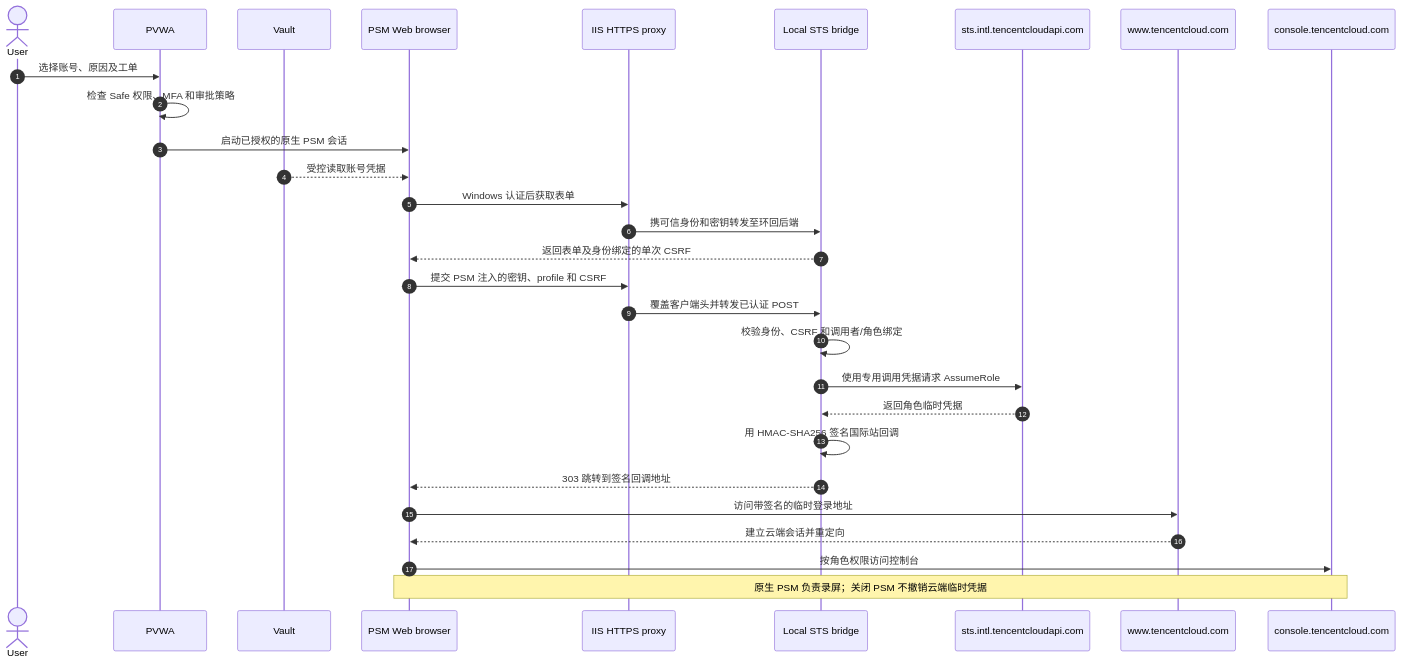
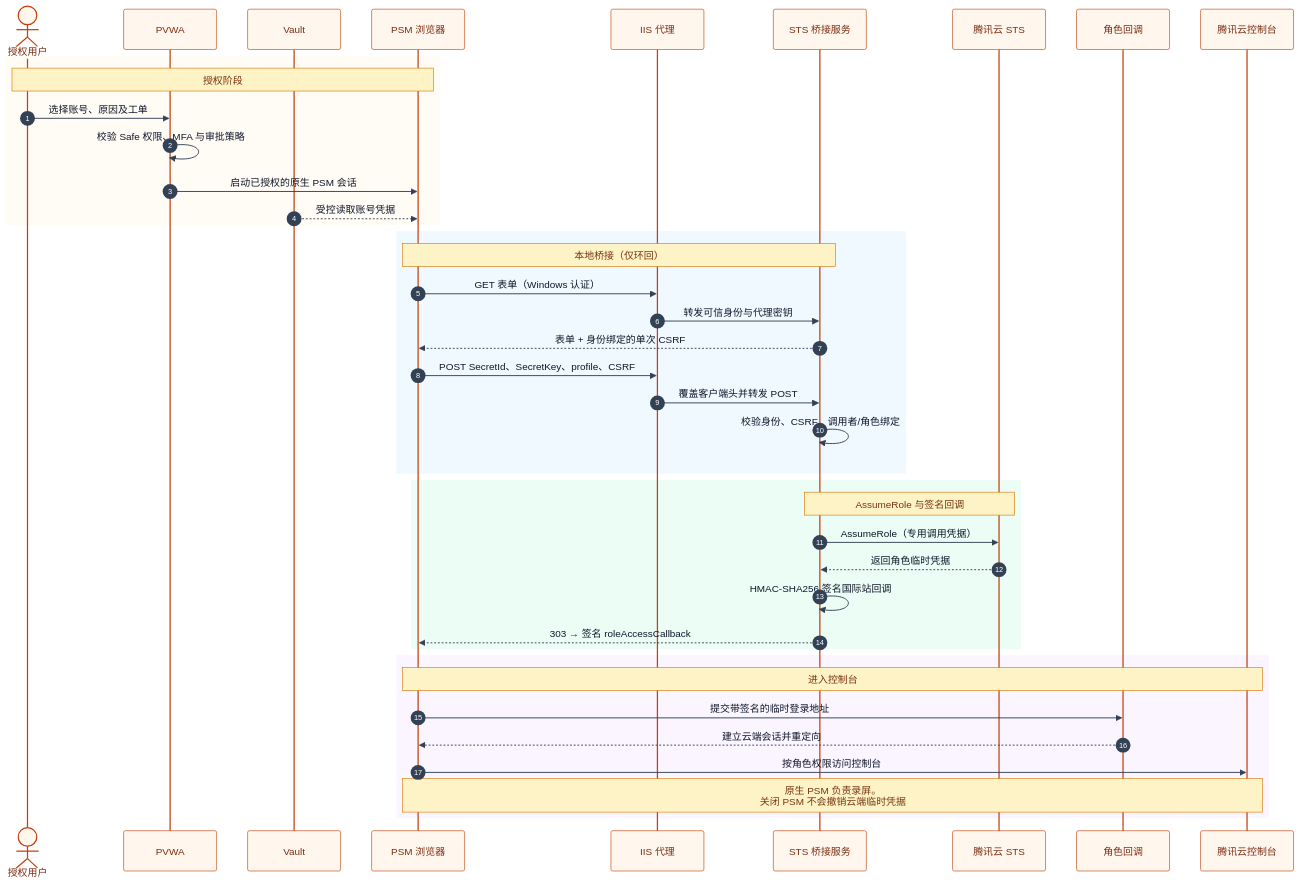
Before and after one commit to susunola/cyberark-psm-tencentcloud-sts: the first of 2 diagrams in README.zh-CN.md, drawn with Mermaid. The commit also changed other lines of this file and 7 other files, not shown here.

First line of the commit message:
docs(readme): polish diagrams; refactor(validate): finish bound wiring

````diff
--- a/README.zh-CN.md
+++ b/README.zh-CN.md
@@ -13,31 +13,48 @@
 ```mermaid
+%%{init: {"theme":"base","themeVariables":{"actorBkg":"#fff7ed","actorBorder":"#c2410c","actorTextColor":"#7c2d12","signalColor":"#334155","signalTextColor":"#0f172a","noteBkgColor":"#fef3c7","noteTextColor":"#78350f","noteBorderColor":"#d97706","labelBoxBkgColor":"#f8fafc","labelBoxBorderColor":"#cbd5e1","labelTextColor":"#0f172a","loopTextColor":"#0f172a","activationBkgColor":"#e0f2fe","activationBorderColor":"#0284c7","sequenceNumberColor":"#ffffff","fontFamily":"-apple-system,BlinkMacSystemFont,PingFang SC,Microsoft YaHei,sans-serif"}}}%%
 sequenceDiagram
     autonumber
-    actor User
-    participant PVWA
-    participant Vault
-    participant PSM as PSM Web browser
-    participant IIS as IIS HTTPS proxy
-    participant Bridge as Local STS bridge
-    participant STS as sts.intl.tencentcloudapi.com
-    participant Login as www.tencentcloud.com
-    participant Console as console.tencentcloud.com
+    actor User as 授权用户
+    participant PVWA as PVWA
+    participant Vault as Vault
+    participant PSM as PSM 浏览器
+    participant IIS as IIS 代理
+    participant Bridge as STS 桥接服务
+    participant STS as 腾讯云 STS
+    participant Login as 角色回调
+    participant Console as 腾讯云控制台
+
+    rect rgb(255, 251, 245)
+    Note over User,PSM: 授权阶段
     User->>PVWA: 选择账号、原因及工单
-    PVWA->>PVWA: 检查 Safe 权限、MFA 和审批策略
+    PVWA->>PVWA: 校验 Safe 权限、MFA 与审批策略
     PVWA->>PSM: 启动已授权的原生 PSM 会话
     Vault-->>PSM: 受控读取账号凭据
-    PSM->>IIS: Windows 认证后获取表单
-    IIS->>Bridge: 携可信身份和密钥转发至环回后端
-    Bridge-->>PSM: 返回表单及身份绑定的单次 CSRF
-    PSM->>IIS: 提交 PSM 注入的密钥、profile 和 CSRF
-    IIS->>Bridge: 覆盖客户端头并转发已认证 POST
-    Bridge->>Bridge: 校验身份、CSRF 和调用者/角色绑定
-    Bridge->>STS: 使用专用调用凭据请求 AssumeRole
+    end
+
+    rect rgb(240, 249, 255)
+    Note over PSM,Bridge: 本地桥接（仅环回）
+    PSM->>IIS: GET 表单（Windows 认证）
+    IIS->>Bridge: 转发可信身份与代理密钥
+    Bridge-->>PSM: 表单 + 身份绑定的单次 CSRF
+    PSM->>IIS: POST SecretId、SecretKey、profile、CSRF
+    IIS->>Bridge: 覆盖客户端头并转发 POST
+    Bridge->>Bridge: 校验身份、CSRF、调用者/角色绑定
+    end
+
+    rect rgb(236, 253, 245)
+    Note over Bridge,STS: AssumeRole 与签名回调
+    Bridge->>STS: AssumeRole（专用调用凭据）
     STS-->>Bridge: 返回角色临时凭据
-    Bridge->>Bridge: 用 HMAC-SHA256 签名国际站回调
-    Bridge-->>PSM: 303 跳转到签名回调地址
-    PSM->>Login: 访问带签名的临时登录地址
+    Bridge->>Bridge: HMAC-SHA256 签名国际站回调
+    Bridge-->>PSM: 303 → 签名 roleAccessCallback
+    end
+
+    rect rgb(250, 245, 255)
+    Note over PSM,Console: 进入控制台
+    PSM->>Login: 提交带签名的临时登录地址
     Login-->>PSM: 建立云端会话并重定向
     PSM->>Console: 按角色权限访问控制台
-    Note over PSM,Console: 原生 PSM 负责录屏；关闭 PSM 不撤销云端临时凭据
+    Note over PSM,Console: 原生 PSM 负责录屏。<br/>关闭 PSM 不会撤销云端临时凭据
+    end
 ```
````
